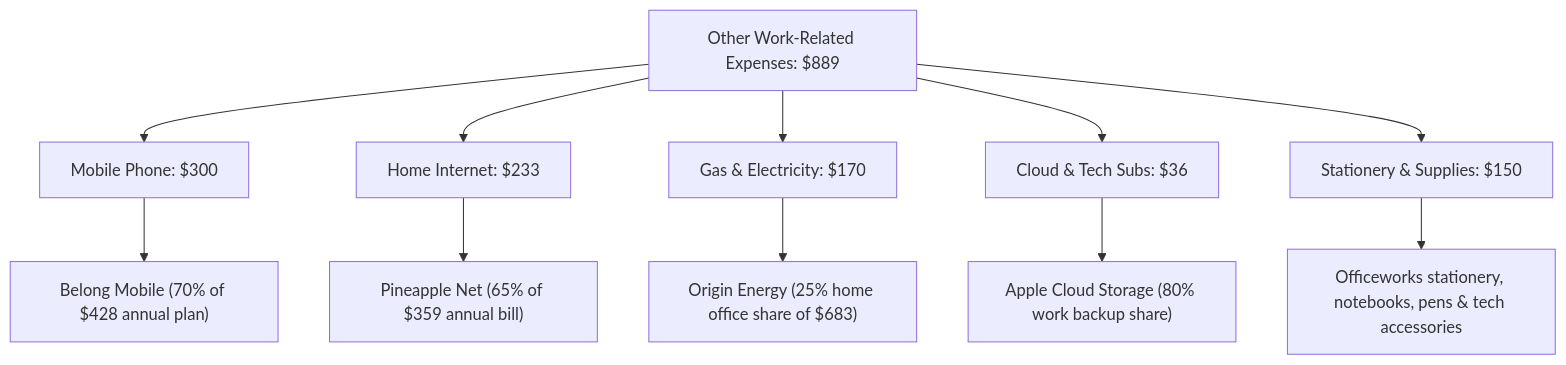
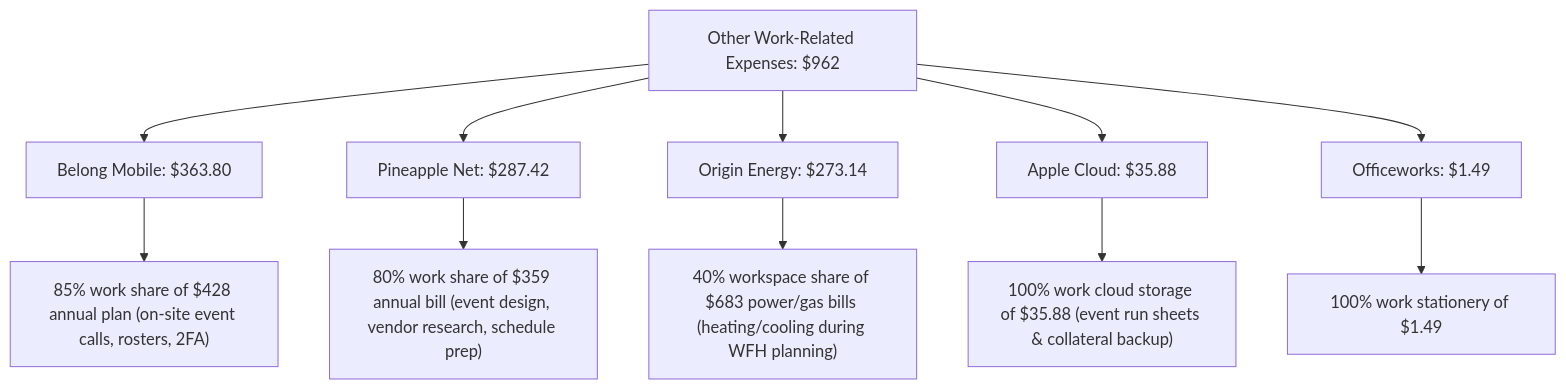
One commit to wendypark1001/wendypark changed the diagram in tax-returns/MAXIMIZED_DEDUCTIONS_GUIDE_FY2025_2026.md. Above: the diagram before and after it, drawn with Mermaid. The commit also changed other lines of this file and 1 other file, not shown here.

````diff
--- a/tax-returns/MAXIMIZED_DEDUCTIONS_GUIDE_FY2025_2026.md
+++ b/tax-returns/MAXIMIZED_DEDUCTIONS_GUIDE_FY2025_2026.md
@@ -25,14 +54,14 @@
 ```mermaid
 graph TD
-    A["Other Work-Related Expenses: $889"] --> B["Mobile Phone: $300"]
-    A --> C["Home Internet: $233"]
-    A --> D["Gas & Electricity: $170"]
-    A --> E["Cloud & Tech Subs: $36"]
-    A --> F["Stationery & Supplies: $150"]
+    A["Other Work-Related Expenses: $962"] --> B["Belong Mobile: $363.80"]
+    A --> C["Pineapple Net: $287.42"]
+    A --> D["Origin Energy: $273.14"]
+    A --> E["Apple Cloud: $35.88"]
+    A --> F["Officeworks: $1.49"]
     
-    B --> B1["Belong Mobile (70% of $428 annual plan)"]
-    C --> C1["Pineapple Net (65% of $359 annual bill)"]
-    D --> D1["Origin Energy (25% home office share of $683)"]
-    E --> E1["Apple Cloud Storage (80% work backup share)"]
-    F --> F1["Officeworks stationery, notebooks, pens & tech accessories"]
+    B --> B1["85% work share of $428 annual plan (on-site event calls, rosters, 2FA)"]
+    C --> C1["80% work share of $359 annual bill (event design, vendor research, schedule prep)"]
+    D --> D1["40% workspace share of $683 power/gas bills (heating/cooling during WFH planning)"]
+    E --> E1["100% work cloud storage of $35.88 (event run sheets & collateral backup)"]
+    F --> F1["100% work stationery of $1.49"]
 ```
````
